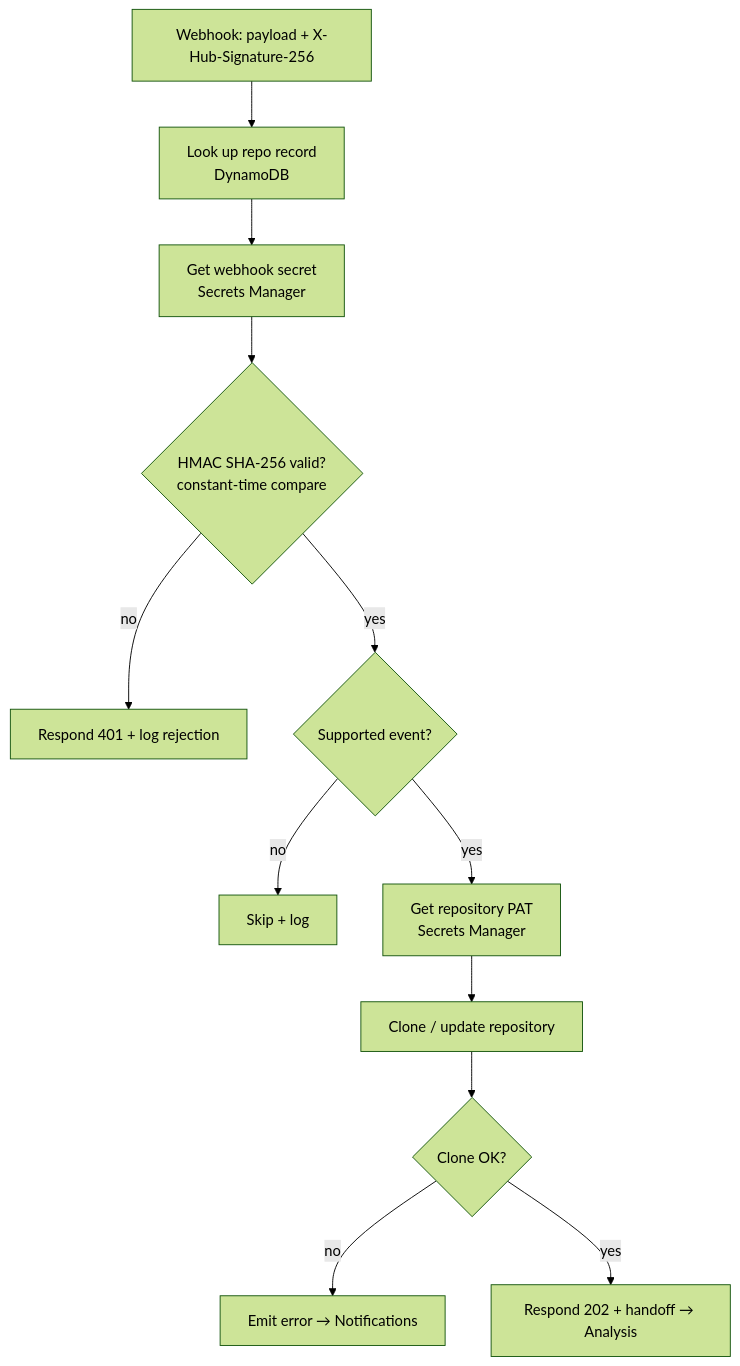
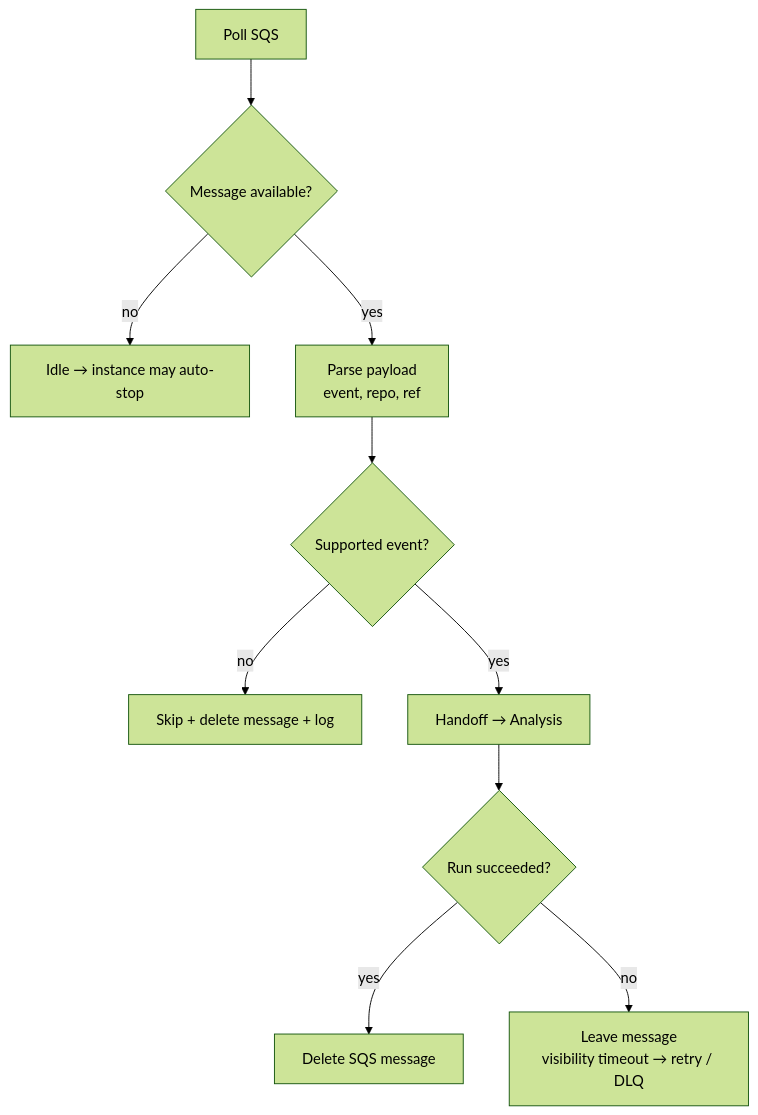
One commit to teddynted/ai-github-repository-blog-generator changed the second of 6 diagrams in docs/workflows.md. Above: the diagram before and after it, drawn with Mermaid (forest theme). The commit also changed other lines of this file and 12 other files, not shown here.

First line of the commit message:
docs: pivot to self-hosted OpenClaw + Ollama + EC2 Spot architecture

````diff
--- a/docs/workflows.md
+++ b/docs/workflows.md
@@ -73,14 +46,12 @@
 ```mermaid
 flowchart TB
-    W[Webhook: payload + X-Hub-Signature-256] --> LK[Look up repo record<br/>DynamoDB]
-    LK --> SEC[Get webhook secret<br/>Secrets Manager]
-    SEC --> HM{HMAC SHA-256 valid?<br/>constant-time compare}
-    HM -- no --> R401[Respond 401 + log rejection]
-    HM -- yes --> SUP{Supported event?}
-    SUP -- no --> SKIP[Skip + log]
-    SUP -- yes --> TOK[Get repository PAT<br/>Secrets Manager]
-    TOK --> C[Clone / update repository]
-    C --> OK{Clone OK?}
-    OK -- no --> E[Emit error → Notifications]
-    OK -- yes --> H[Respond 202 + handoff → Analysis]
+    POLL[Poll SQS] --> MSG{Message available?}
+    MSG -- no --> IDLE[Idle → instance may auto-stop]
+    MSG -- yes --> PARSE[Parse payload<br/>event, repo, ref]
+    PARSE --> SUP{Supported event?}
+    SUP -- no --> SKIP[Skip + delete message + log]
+    SUP -- yes --> HANDOFF[Handoff → Analysis]
+    HANDOFF --> DONE{Run succeeded?}
+    DONE -- yes --> DEL[Delete SQS message]
+    DONE -- no --> KEEP[Leave message<br/>visibility timeout → retry / DLQ]
 ```
````
